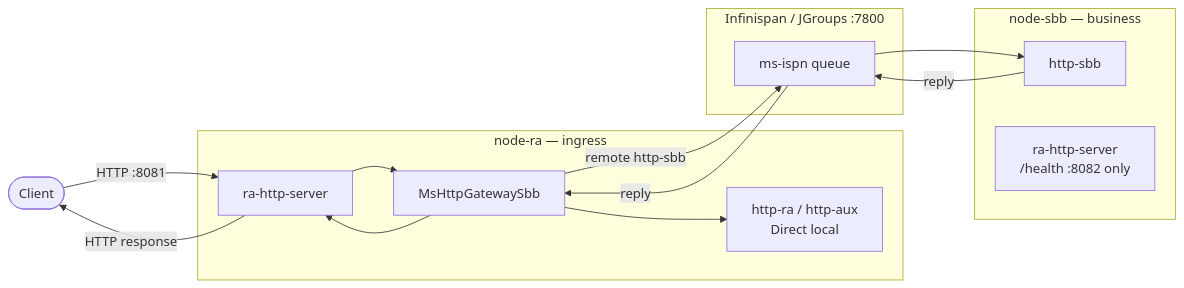
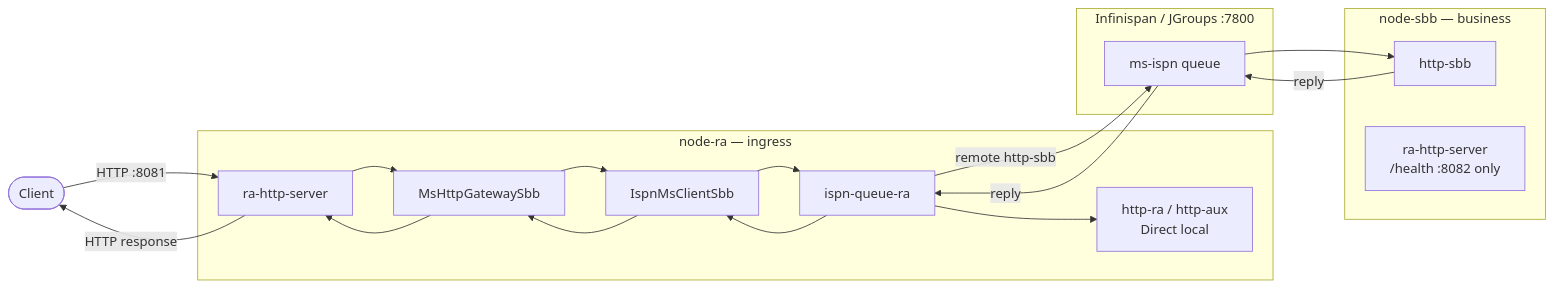
One commit to nhanth87/jain-slee changed the second of 2 diagrams in example/example-quarkus-ms/README.md. Above: the diagram before and after it, drawn with Mermaid. The commit also changed other lines of this file and 15 other files, not shown here.

First line of the commit message:
feat(ms): route MS outbound through ispn-queue-ra and child SBB

````diff
--- a/example/example-quarkus-ms/README.md
+++ b/example/example-quarkus-ms/README.md
@@ -36,28 +44,34 @@
 ```mermaid
 flowchart LR
     Client(["Client"]) -->|HTTP :8081| RA
 
     subgraph nodeRA["node-ra — ingress"]
         RA["ra-http-server"]
         GW["MsHttpGatewaySbb"]
+        Child["IspnMsClientSbb"]
+        IspnRa["ispn-queue-ra"]
         Local["http-ra / http-aux<br/>Direct local"]
         RA --> GW
-        GW --> Local
+        GW --> Child
+        Child --> IspnRa
+        IspnRa --> Local
     end
 
     subgraph fabric["Infinispan / JGroups :7800"]
         Q["ms-ispn queue"]
     end
 
     subgraph nodeSBB["node-sbb — business"]
         HttpSbb["http-sbb"]
         Health["ra-http-server<br/>/health :8082 only"]
     end
 
-    GW -->|"remote http-sbb"| Q
+    IspnRa -->|"remote http-sbb"| Q
     Q --> HttpSbb
     HttpSbb -->|reply| Q
-    Q -->|reply| GW
+    Q -->|reply| IspnRa
+    IspnRa --> Child
+    Child --> GW
     GW --> RA
     RA -->|HTTP response| Client
 ```
````
